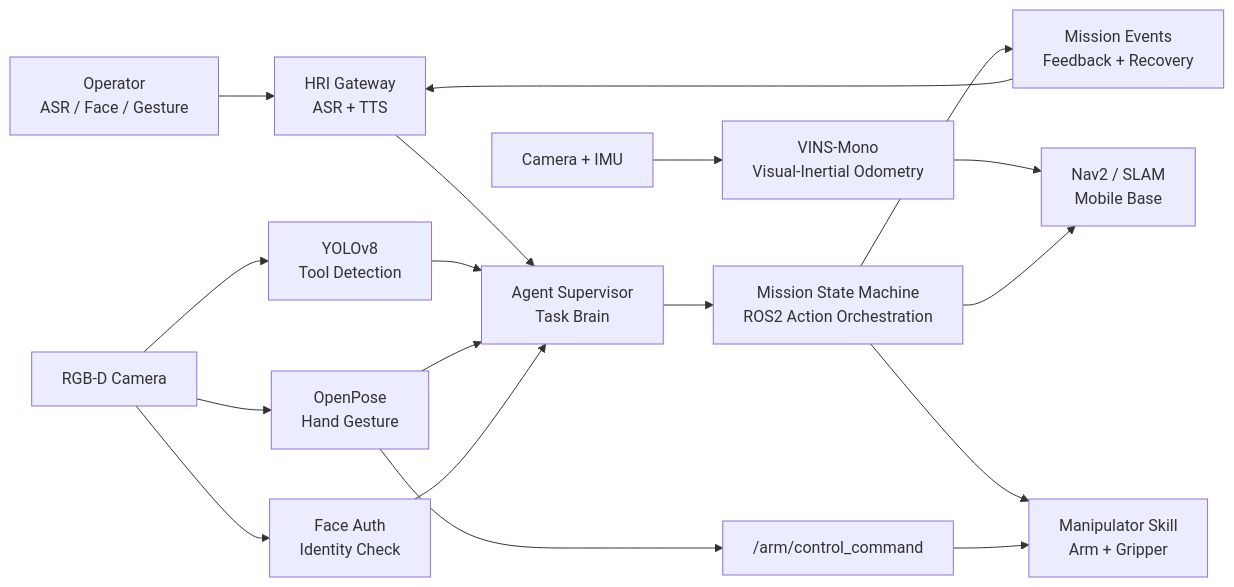
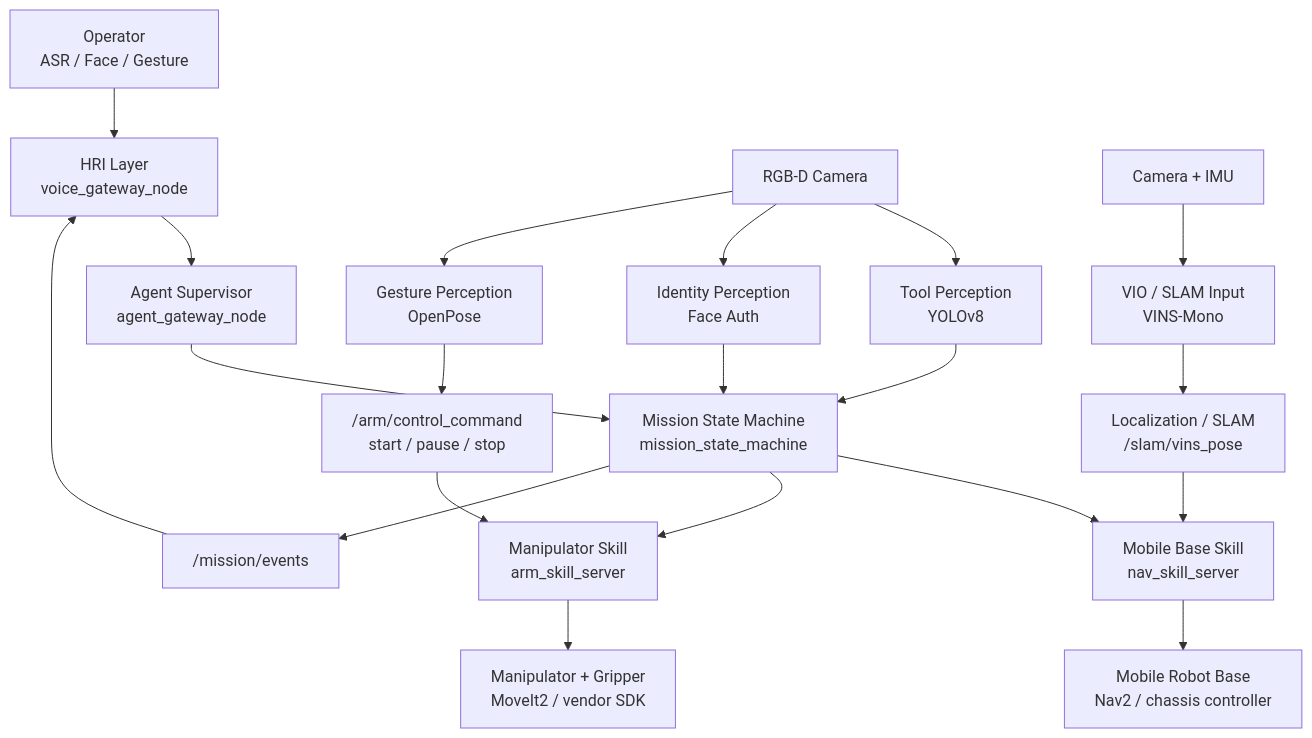
The first of 5 diagrams in README.md (terrense/ros2-multimodal-robot-collab), drawn with Mermaid before and after one commit. The commit also changed other lines of this file, not shown here.

Commit message:
Clarify system architecture in README

````diff
--- a/README.md
+++ b/README.md
@@ -42,22 +34,27 @@
 ```mermaid
-flowchart LR
-  user["Operator<br/>ASR / Face / Gesture"] --> hri["HRI Gateway<br/>ASR + TTS"]
-  camera["RGB-D Camera"] --> yolo["YOLOv8<br/>Tool Detection"]
-  camera --> openpose["OpenPose<br/>Hand Gesture"]
-  camera --> face["Face Auth<br/>Identity Check"]
-  imu["Camera + IMU"] --> vins["VINS-Mono<br/>Visual-Inertial Odometry"]
+flowchart TB
+  operator["Operator<br/>ASR / Face / Gesture"] --> hri["HRI Layer<br/>voice_gateway_node"]
+  hri --> agent["Agent Supervisor<br/>agent_gateway_node"]
 
-  hri --> supervisor["Agent Supervisor<br/>Task Brain"]
-  yolo --> supervisor
-  openpose --> supervisor
-  face --> supervisor
-  vins --> nav["Nav2 / SLAM<br/>Mobile Base"]
+  camera["RGB-D Camera"] --> yolo["Tool Perception<br/>YOLOv8"]
+  camera --> face["Identity Perception<br/>Face Auth"]
+  camera --> gesture["Gesture Perception<br/>OpenPose"]
+  imu["Camera + IMU"] --> vins["VIO / SLAM Input<br/>VINS-Mono"]
 
-  supervisor --> mission["Mission State Machine<br/>ROS2 Action Orchestration"]
-  mission --> nav
-  mission --> arm["Manipulator Skill<br/>Arm + Gripper"]
-  openpose --> arm_control["/arm/control_command"]
-  arm_control --> arm
-  mission --> events["Mission Events<br/>Feedback + Recovery"]
+  yolo --> mission["Mission State Machine<br/>mission_state_machine"]
+  face --> mission
+  agent --> mission
+
+  mission --> nav_skill["Mobile Base Skill<br/>nav_skill_server"]
+  vins --> nav_stack["Localization / SLAM<br/>/slam/vins_pose"]
+  nav_stack --> nav_skill
+  nav_skill --> base["Mobile Robot Base<br/>Nav2 / chassis controller"]
+
+  mission --> arm_skill["Manipulator Skill<br/>arm_skill_server"]
+  gesture --> arm_cmd["/arm/control_command<br/>start / pause / stop"]
+  arm_cmd --> arm_skill
+  arm_skill --> arm["Manipulator + Gripper<br/>MoveIt2 / vendor SDK"]
+
+  mission --> events["/mission/events"]
   events --> hri
 ```
````
